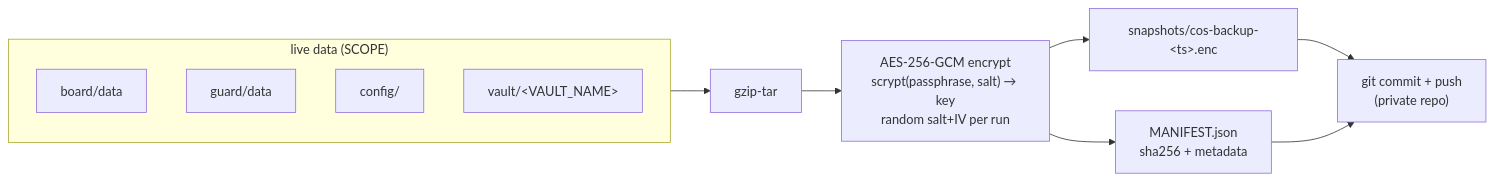
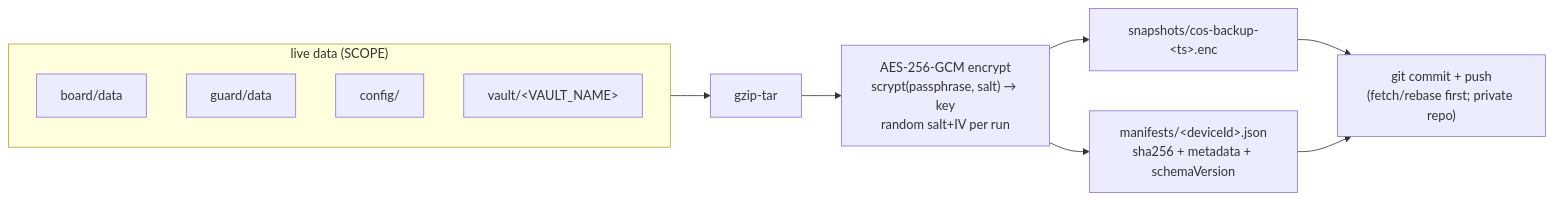
Before and after one commit to philipyaz/cos: the first of 2 diagrams in docs/reference/backup.md, drawn with Mermaid. The commit also changed other lines of this file and 50 other files, not shown here.

````diff
--- a/docs/reference/backup.md
+++ b/docs/reference/backup.md
@@ -25,15 +25,15 @@
 ```mermaid
 flowchart LR
   subgraph live["live data (SCOPE)"]
     B[board/data]
     G[guard/data]
     C[config/]
     V["vault/&lt;VAULT_NAME&gt;"]
   end
   live --> TAR[gzip-tar]
   TAR --> ENC["AES-256-GCM encrypt<br/>scrypt(passphrase, salt) → key<br/>random salt+IV per run"]
   ENC --> FILE["snapshots/cos-backup-&lt;ts&gt;.enc"]
-  ENC --> MAN["MANIFEST.json<br/>sha256 + metadata"]
-  FILE --> PUSH["git commit + push<br/>(private repo)"]
+  ENC --> MAN["manifests/&lt;deviceId&gt;.json<br/>sha256 + metadata + schemaVersion"]
+  FILE --> PUSH["git commit + push<br/>(fetch/rebase first; private repo)"]
   MAN --> PUSH
 ```
````
